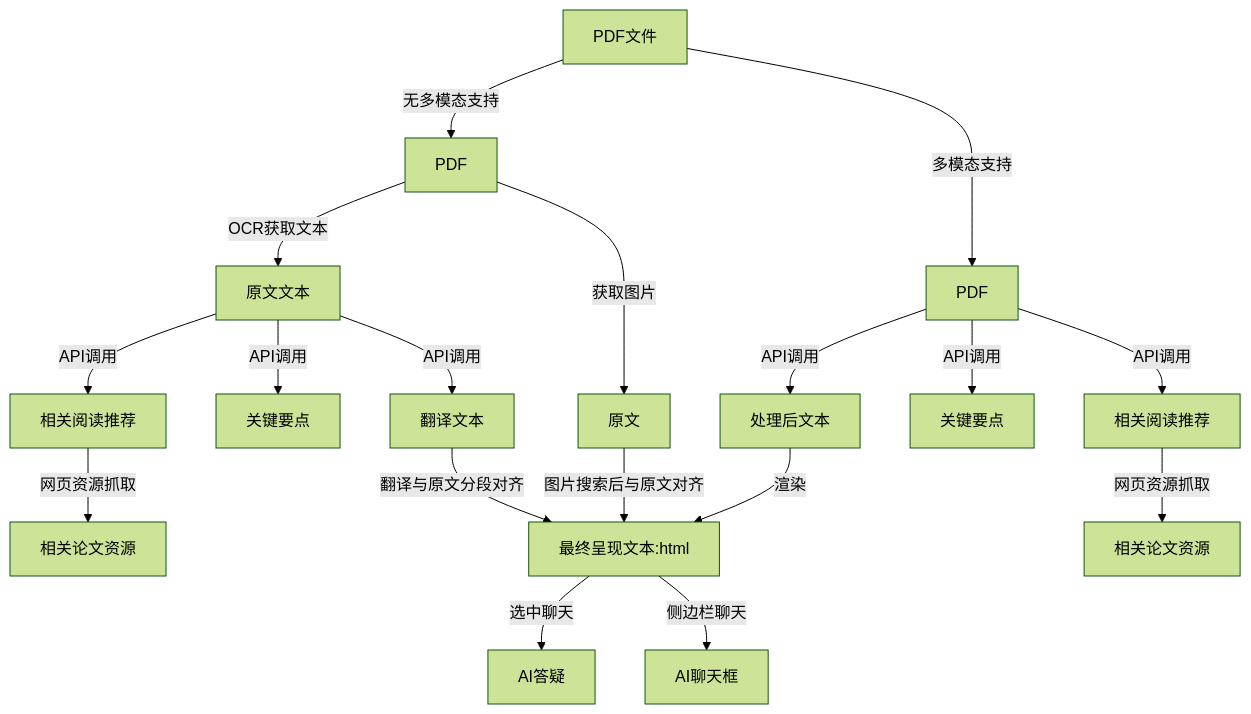
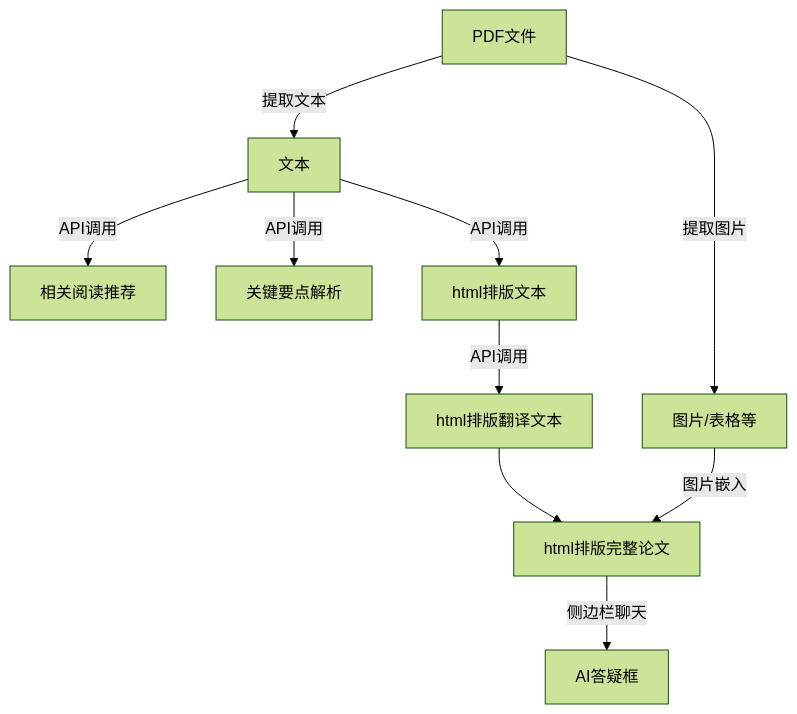
Before and after one commit to kkkknigh/python_: the second of 2 diagrams in developer.md, drawn with Mermaid (forest theme). The commit also changed 3 other files, not shown here.

```diff
--- a/developer.md
+++ b/developer.md
@@ -116,24 +116,15 @@
 ~~~mermaid
 graph TD
 A[PDF文件] 
-A --无多模态支持-->A1[PDF]
-A1 -- OCR获取文本 --> B[原文文本]
+A -- 提取文本 --> B[文本]
 B --API调用--> F[相关阅读推荐]
-F --网页资源抓取 -->J[相关论文资源]
-B --API调用--> G[关键要点]
-B -- API调用 --> C[翻译文本]
-A1 -- 获取图片 --> D[原文] 
-C -- 翻译与原文分段对齐 --> E[最终呈现文本:html]
-D --图片搜索后与原文对齐--> E
-E --选中聊天--> H[AI答疑]
-E --侧边栏聊天 --> I[AI聊天框]
+B --API调用--> G[关键要点解析]
+B --API调用--> B1[html排版文本]
+B1 -- API调用 --> C[html排版翻译文本]
+A -- 提取图片--> D[图片/表格等] 
+D-- 图片嵌入 --> E[html排版完整论文]
+C --> E
+E --侧边栏聊天 --> I[AI答疑框]
 
 
-A --多模态支持-->A2[PDF]
-
-A2--API调用--> C1[处理后文本]
-A2--API调用--> B1[关键要点]
-A2--API调用--> D1[相关阅读推荐]
-D1 --网页资源抓取 -->J1[相关论文资源]
-C1 --渲染-->E
 ~~~
```
